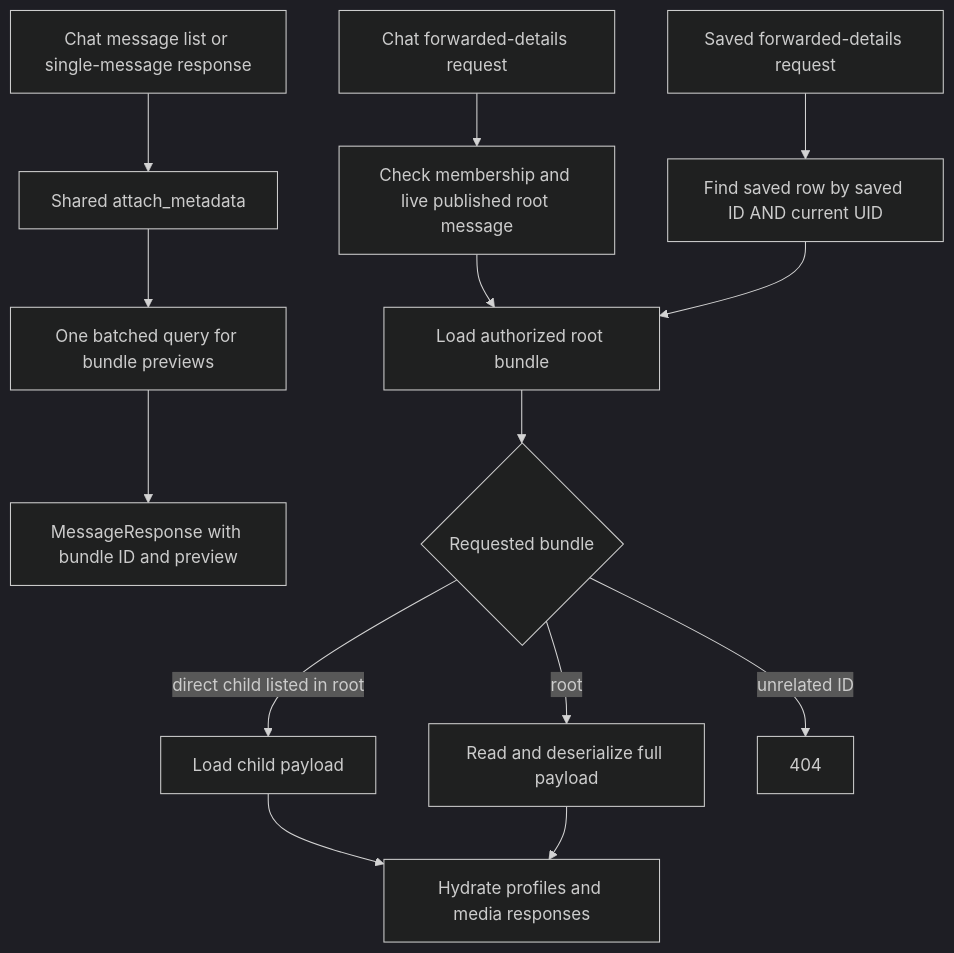
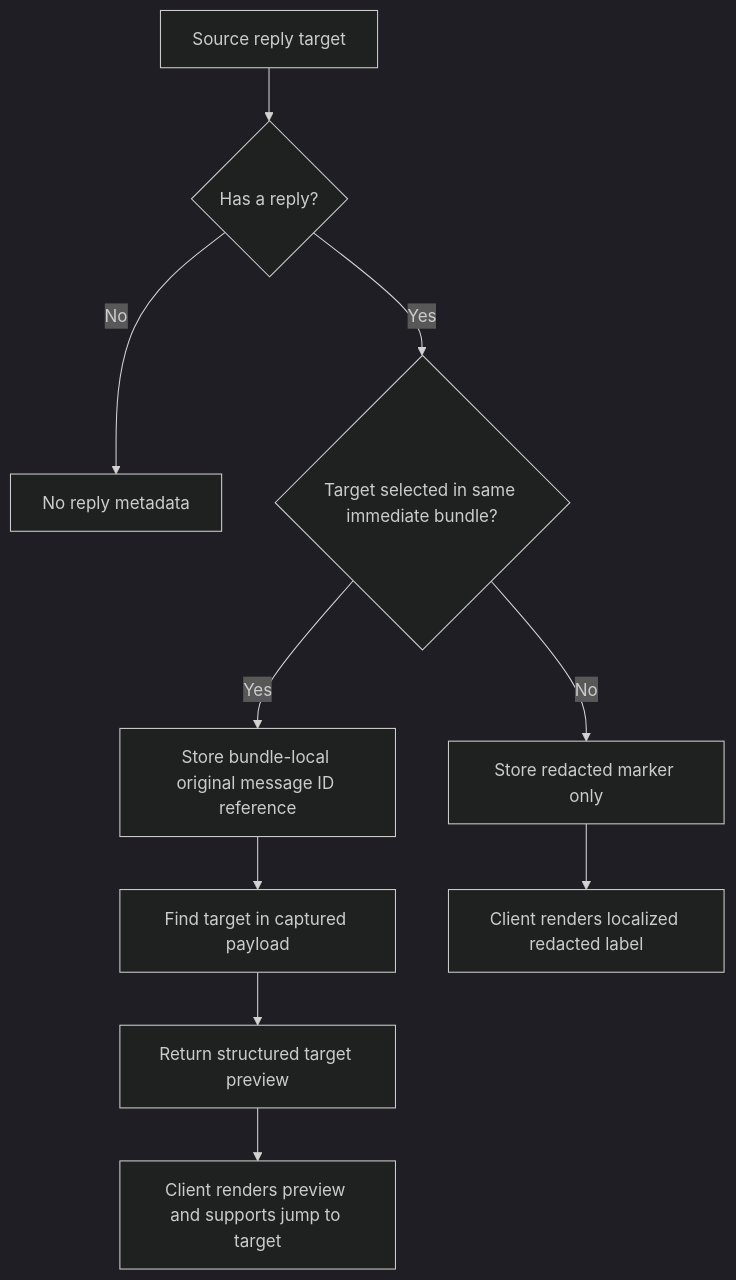
The third of 3 diagrams in docs/forward.md (chahua-im/chahua), drawn with Mermaid (dark theme) before and after one commit. The commit also changed other lines of this file and 5 other files, not shown here.

````diff
--- a/docs/forward.md
+++ b/docs/forward.md
@@ -70,16 +85,12 @@
 ```mermaid
 flowchart TD
-    LIST[Chat message list or single-message response] --> META[Shared attach_metadata]
-    META --> PRE[One batched query for bundle previews]
-    PRE --> RESPONSE[MessageResponse with bundle ID and preview]
-    CHAT[Chat forwarded-details request] --> CG[Check membership and live published root message]
-    SAVE[Saved forwarded-details request] --> SG[Find saved row by saved ID AND current UID]
-    CG --> ROOT[Load authorized root bundle]
-    SG --> ROOT
-    ROOT --> TARGET{Requested bundle}
-    TARGET -->|root| PAYLOAD[Read and deserialize full payload]
-    TARGET -->|direct child listed in root| CHILD[Load child payload]
-    TARGET -->|unrelated ID| DENY[404]
-    CHILD --> RENDER[Hydrate profiles and media responses]
-    PAYLOAD --> RENDER
+    SOURCE[Source reply target] --> HAS{Has a reply?}
+    HAS -->|No| NONE[No reply metadata]
+    HAS -->|Yes| IN{Target selected in same immediate bundle?}
+    IN -->|No| REDACT[Store redacted marker only]
+    IN -->|Yes| LINK[Store bundle-local original message ID reference]
+    LINK --> TARGET[Find target in captured payload]
+    TARGET --> PREVIEW[Return structured target preview]
+    REDACT --> LABEL[Client renders localized redacted label]
+    PREVIEW --> CLIENT[Client renders preview and supports jump to target]
 ```
````
